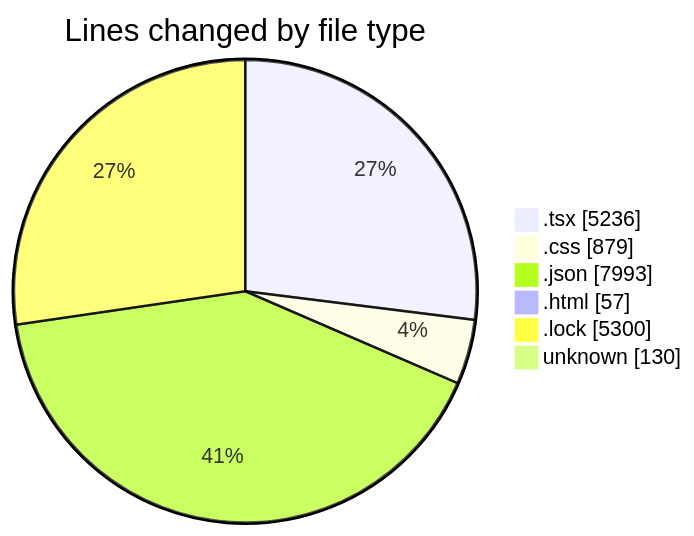
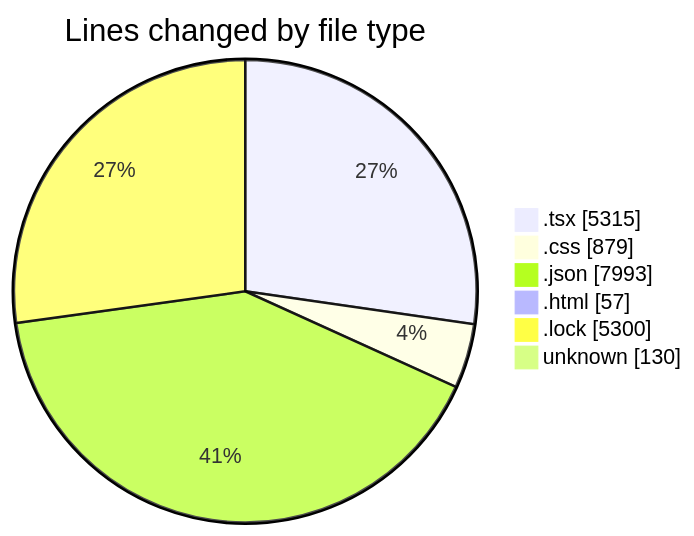
One commit to EIIisD/code-tracking changed the first of 2 diagrams in 2025-08-12/ribbon/README.md. Above: the diagram before and after it, drawn with Mermaid. The commit also changed other lines of this file and 1 other file, not shown here.

````diff
--- a/2025-08-12/ribbon/README.md
+++ b/2025-08-12/ribbon/README.md
@@ -44,10 +44,10 @@
 ```mermaid
 pie showData
 title Lines changed by file type
-".tsx" : 5236
+".tsx" : 5315
 ".css" : 879
 ".json" : 7993
 ".html" : 57
 ".lock" : 5300
 "unknown" : 130
 ```
````
